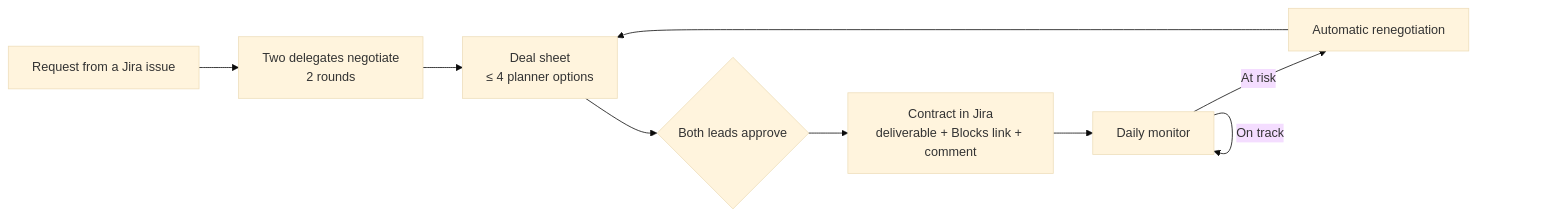
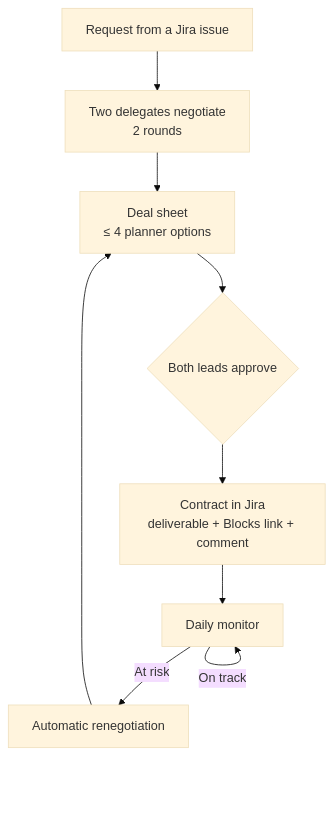
The diagram in README.md (Akar-Samudra-Artifisial/Accord), drawn with Mermaid (base theme) before and after one commit. The commit also changed other lines of this file, not shown here.

Commit message:
docs: tidy README diagram and gallery layout

````diff
--- a/README.md
+++ b/README.md
@@ -34,11 +34,11 @@
 ```mermaid
-flowchart LR
+flowchart TD
     A[Request from a Jira issue] --> B[Two delegates negotiate<br/>2 rounds]
     B --> C[Deal sheet<br/>≤ 4 planner options]
     C --> D{Both leads approve}
     D --> E[Contract in Jira<br/>deliverable + Blocks link + comment]
     E --> F[Daily monitor]
     F -->|On track| F
     F -->|At risk| G[Automatic renegotiation]
     G --> C
 ```
````
